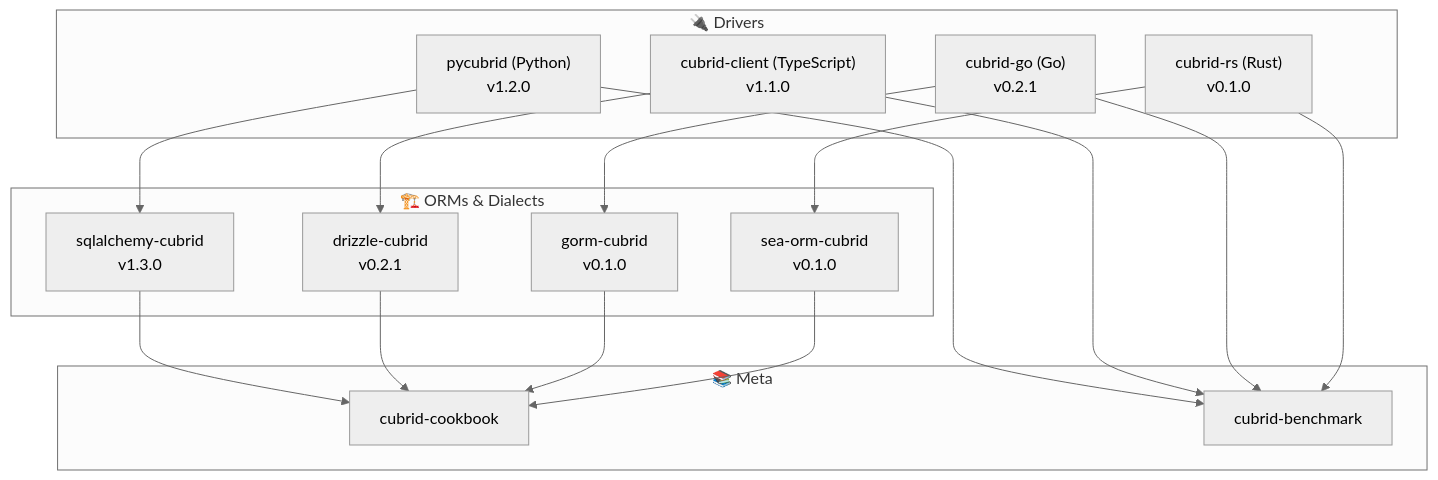
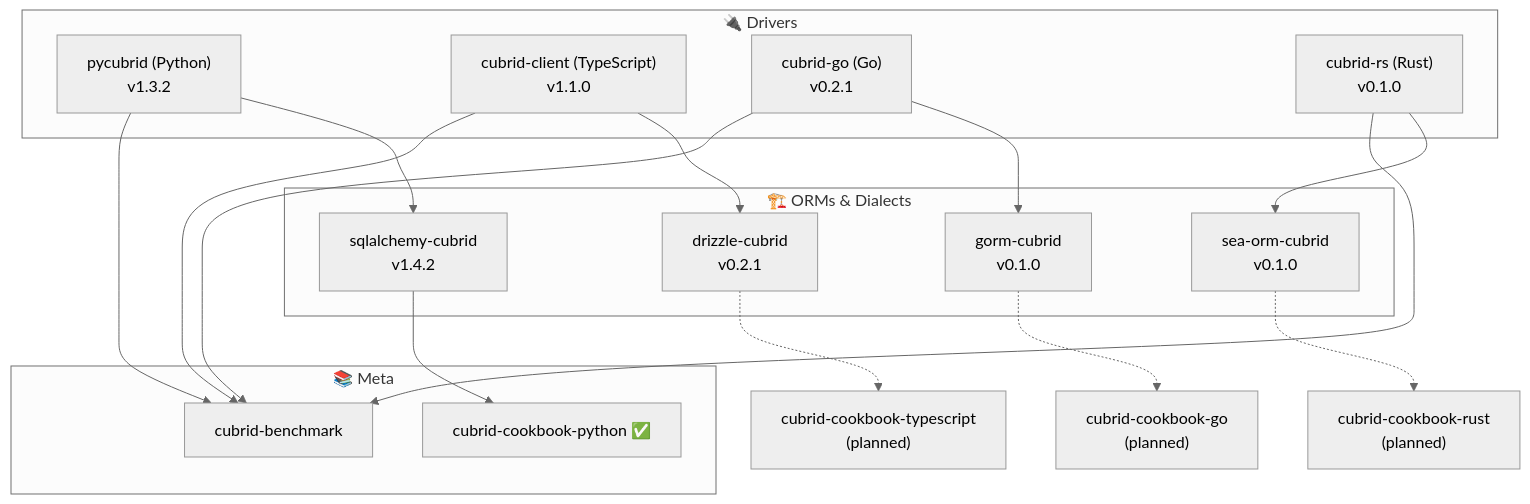
The first of 2 diagrams in ROADMAP.md (cubrid-labs/.github), drawn with Mermaid (neutral theme) before and after one commit. The commit also changed other lines of this file, not shown here.

First line of the commit message:
docs: update ecosystem ROADMAP — cookbook-python complete, latest driver versions

````diff
--- a/ROADMAP.md
+++ b/ROADMAP.md
@@ -15,36 +15,36 @@
 ```mermaid
 graph TD
     subgraph Drivers["🔌 Drivers"]
-        pycubrid["pycubrid (Python)\nv1.2.0"]
+        pycubrid["pycubrid (Python)\nv1.3.2"]
         cubrid_client["cubrid-client (TypeScript)\nv1.1.0"]
         cubrid_go["cubrid-go (Go)\nv0.2.1"]
         cubrid_rs["cubrid-rs (Rust)\nv0.1.0"]
     end
 
     subgraph ORMs["🏗️ ORMs & Dialects"]
-        sqlalchemy["sqlalchemy-cubrid\nv1.3.0"]
+        sqlalchemy["sqlalchemy-cubrid\nv1.4.2"]
         drizzle["drizzle-cubrid\nv0.2.1"]
         gorm["gorm-cubrid\nv0.1.0"]
         sea_orm["sea-orm-cubrid\nv0.1.0"]
     end
 
     subgraph Meta["📚 Meta"]
-        cookbook["cubrid-cookbook"]
+        cookbook_py["cubrid-cookbook-python ✅"]
         benchmark["cubrid-benchmark"]
     end
 
     pycubrid --> sqlalchemy
     cubrid_client --> drizzle
     cubrid_go --> gorm
     cubrid_rs --> sea_orm
 
-    sqlalchemy --> cookbook
-    drizzle --> cookbook
-    gorm --> cookbook
-    sea_orm --> cookbook
+    sqlalchemy --> cookbook_py
+    drizzle -.-> cookbook_ts["cubrid-cookbook-typescript\n(planned)"]
+    gorm -.-> cookbook_go["cubrid-cookbook-go\n(planned)"]
+    sea_orm -.-> cookbook_rs["cubrid-cookbook-rust\n(planned)"]
 
     pycubrid --> benchmark
     cubrid_client --> benchmark
     cubrid_go --> benchmark
     cubrid_rs --> benchmark
 ```
````
